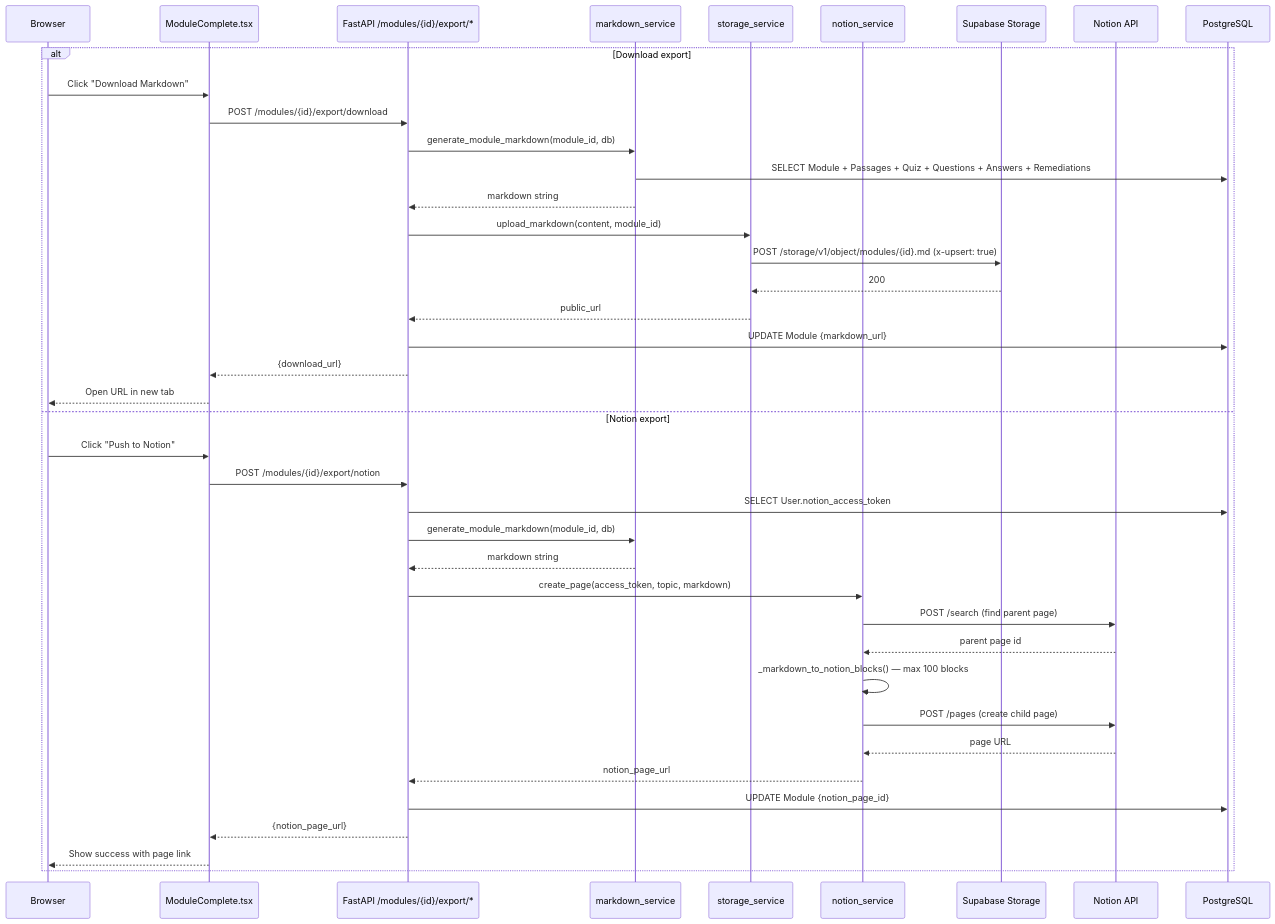
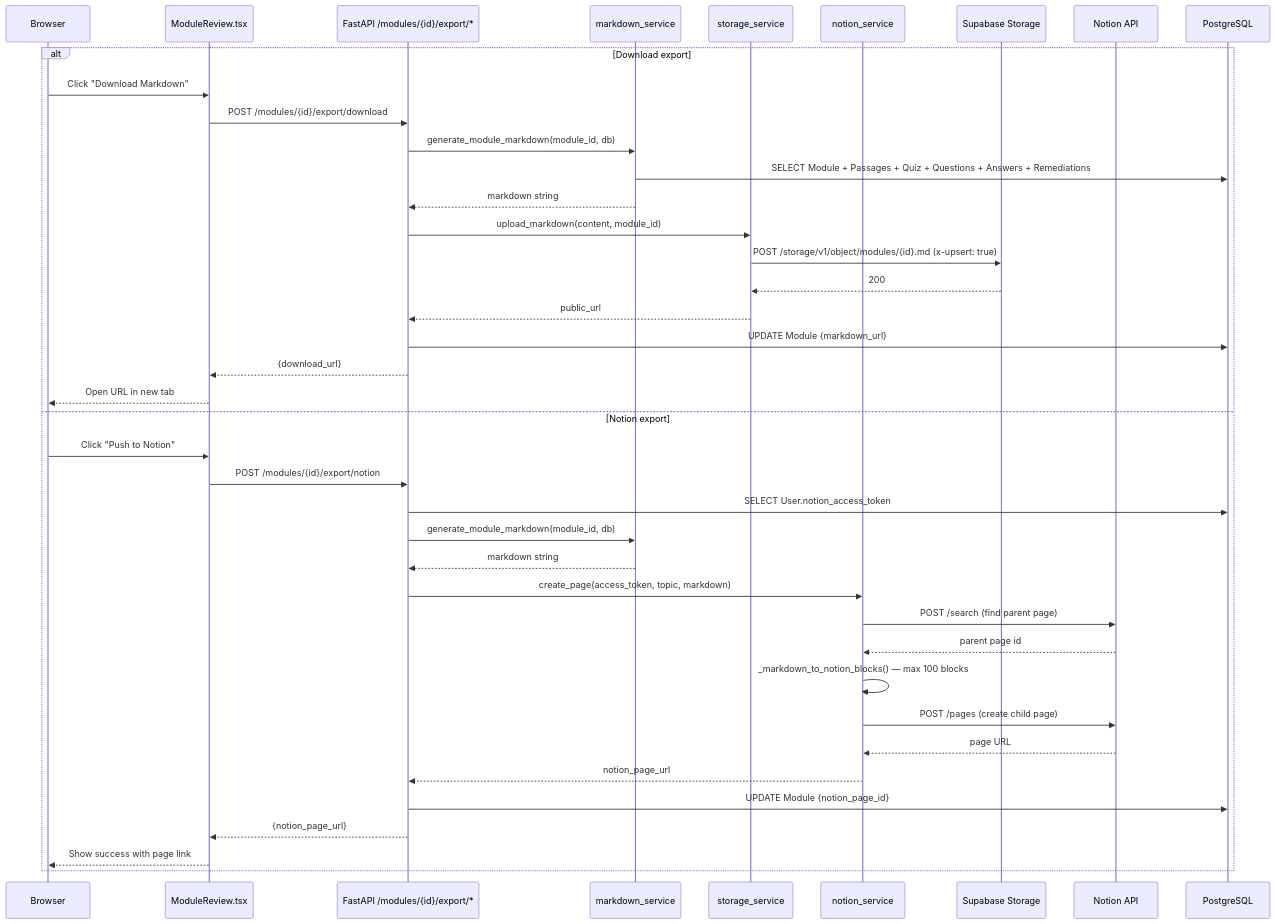
The seventh of 8 diagrams in SYSTEM_BREAKDOWN.md (Raahul-G/MasterMindAI), drawn with Mermaid before and after one commit. The commit also changed other lines of this file and 16 other files, not shown here.

````diff
--- a/SYSTEM_BREAKDOWN.md
+++ b/SYSTEM_BREAKDOWN.md
@@ -650,43 +698,43 @@
 ```mermaid
 sequenceDiagram
     participant Browser
-    participant React as ModuleComplete.tsx
+    participant React as ModuleReview.tsx
     participant API as FastAPI /modules/{id}/export/*
     participant MdSvc as markdown_service
     participant StoreSvc as storage_service
     participant NotionSvc as notion_service
     participant Supabase as Supabase Storage
     participant NotionAPI as Notion API
     participant DB as PostgreSQL
 
     alt Download export
         Browser->>React: Click "Download Markdown"
         React->>API: POST /modules/{id}/export/download
         API->>MdSvc: generate_module_markdown(module_id, db)
         MdSvc->>DB: SELECT Module + Passages + Quiz + Questions + Answers + Remediations
         MdSvc-->>API: markdown string
         API->>StoreSvc: upload_markdown(content, module_id)
         StoreSvc->>Supabase: POST /storage/v1/object/modules/{id}.md (x-upsert: true)
         Supabase-->>StoreSvc: 200
         StoreSvc-->>API: public_url
         API->>DB: UPDATE Module {markdown_url}
         API-->>React: {download_url}
         React-->>Browser: Open URL in new tab
     else Notion export
         Browser->>React: Click "Push to Notion"
         React->>API: POST /modules/{id}/export/notion
         API->>DB: SELECT User.notion_access_token
         API->>MdSvc: generate_module_markdown(module_id, db)
         MdSvc-->>API: markdown string
         API->>NotionSvc: create_page(access_token, topic, markdown)
         NotionSvc->>NotionAPI: POST /search (find parent page)
         NotionAPI-->>NotionSvc: parent page id
         NotionSvc->>NotionSvc: _markdown_to_notion_blocks() — max 100 blocks
         NotionSvc->>NotionAPI: POST /pages (create child page)
         NotionAPI-->>NotionSvc: page URL
         NotionSvc-->>API: notion_page_url
         API->>DB: UPDATE Module {notion_page_id}
         API-->>React: {notion_page_url}
         React-->>Browser: Show success with page link
     end
 ```
````
